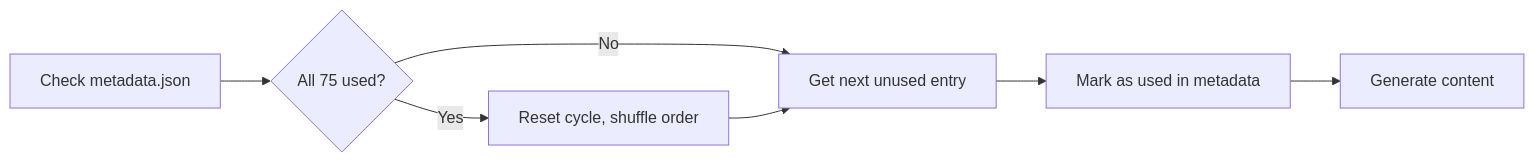
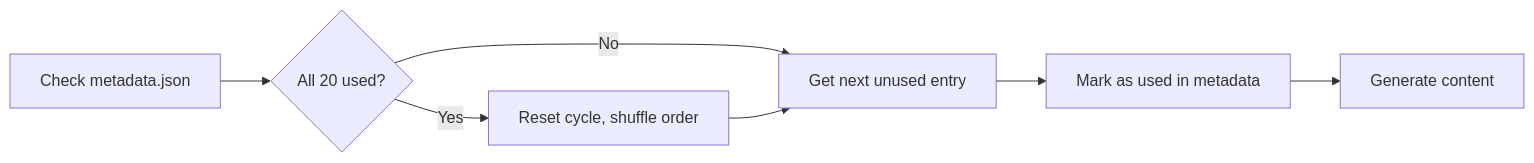
Before and after one commit to Strilya/folklorovich: the second of 2 diagrams in README.md, drawn with Mermaid. The commit also changed other lines of this file and 8 other files, not shown here.

````diff
--- a/README.md
+++ b/README.md
@@ -51,9 +57,9 @@
 ```mermaid
 graph LR
-    A[Check metadata.json] --> B{All 75 used?}
+    A[Check metadata.json] --> B{All 20 used?}
     B -->|Yes| C[Reset cycle, shuffle order]
     B -->|No| D[Get next unused entry]
     C --> D
     D --> E[Mark as used in metadata]
     E --> F[Generate content]
 ```
````
